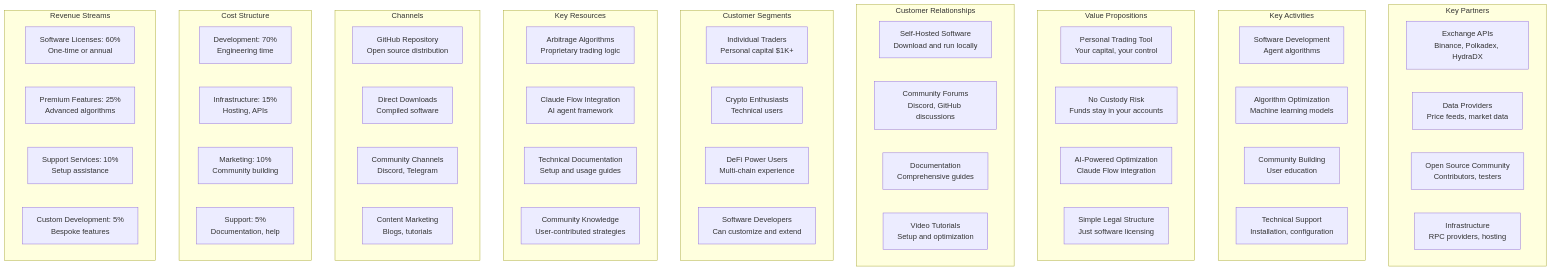
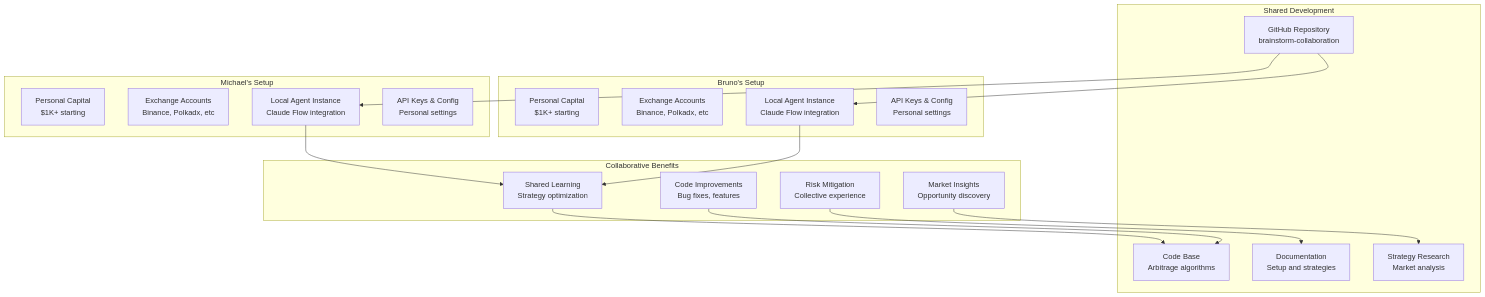
Before and after one commit to michaeloboyle/brainstorm-collaboration: the third of 22 diagrams in ideas/polkadot-arbitrage-system.md, drawn with Mermaid. The commit also changed other lines of this file, not shown here.

````diff
--- a/ideas/polkadot-arbitrage-system.md
+++ b/ideas/polkadot-arbitrage-system.md
@@ -96,65 +96,39 @@
 ```mermaid
 graph TB
-    subgraph "Key Partners"
-        KP1[Exchange APIs<br/>Binance, Polkadex, HydraDX]
-        KP2[Data Providers<br/>Price feeds, market data]
-        KP3[Open Source Community<br/>Contributors, testers]
-        KP4[Infrastructure<br/>RPC providers, hosting]
+    subgraph "Shared Development"
+        SD1[GitHub Repository<br/>brainstorm-collaboration]
+        SD2[Code Base<br/>Arbitrage algorithms]
+        SD3[Documentation<br/>Setup and strategies]
+        SD4[Strategy Research<br/>Market analysis]
     end
 
-    subgraph "Key Activities"
-        KA1[Software Development<br/>Agent algorithms]
-        KA2[Algorithm Optimization<br/>Machine learning models]
-        KA3[Community Building<br/>User education]
-        KA4[Technical Support<br/>Installation, configuration]
+    subgraph "Michael's Setup"
+        M1[Personal Capital<br/>$1K+ starting]
+        M2[Exchange Accounts<br/>Binance, Polkadx, etc]
+        M3[Local Agent Instance<br/>Claude Flow integration]
+        M4[API Keys & Config<br/>Personal settings]
     end
 
-    subgraph "Value Propositions"
-        VP1[Personal Trading Tool<br/>Your capital, your control]
-        VP2[No Custody Risk<br/>Funds stay in your accounts]
-        VP3[AI-Powered Optimization<br/>Claude Flow integration]
-        VP4[Simple Legal Structure<br/>Just software licensing]
+    subgraph "Bruno's Setup"
+        B1[Personal Capital<br/>$1K+ starting]
+        B2[Exchange Accounts<br/>Binance, Polkadx, etc]
+        B3[Local Agent Instance<br/>Claude Flow integration]
+        B4[API Keys & Config<br/>Personal settings]
     end
 
-    subgraph "Customer Relationships"
-        CR1[Self-Hosted Software<br/>Download and run locally]
-        CR2[Community Forums<br/>Discord, GitHub discussions]
-        CR3[Documentation<br/>Comprehensive guides]
-        CR4[Video Tutorials<br/>Setup and optimization]
+    subgraph "Collaborative Benefits"
+        CB1[Shared Learning<br/>Strategy optimization]
+        CB2[Code Improvements<br/>Bug fixes, features]
+        CB3[Market Insights<br/>Opportunity discovery]
+        CB4[Risk Mitigation<br/>Collective experience]
     end
 
-    subgraph "Customer Segments"
-        CS1[Individual Traders<br/>Personal capital $1K+]
-        CS2[Crypto Enthusiasts<br/>Technical users]
-        CS3[DeFi Power Users<br/>Multi-chain experience]
-        CS4[Software Developers<br/>Can customize and extend]
-    end
-
-    subgraph "Key Resources"
-        KR1[Arbitrage Algorithms<br/>Proprietary trading logic]
-        KR2[Claude Flow Integration<br/>AI agent framework]
-        KR3[Technical Documentation<br/>Setup and usage guides]
-        KR4[Community Knowledge<br/>User-contributed strategies]
-    end
-
-    subgraph "Channels"
-        CH1[GitHub Repository<br/>Open source distribution]
-        CH2[Direct Downloads<br/>Compiled software]
-        CH3[Community Channels<br/>Discord, Telegram]
-        CH4[Content Marketing<br/>Blogs, tutorials]
-    end
-
-    subgraph "Cost Structure"
-        COST1[Development: 70%<br/>Engineering time]
-        COST2[Infrastructure: 15%<br/>Hosting, APIs]
-        COST3[Marketing: 10%<br/>Community building]
-        COST4[Support: 5%<br/>Documentation, help]
-    end
-
-    subgraph "Revenue Streams"
-        REV1[Software Licenses: 60%<br/>One-time or annual]
-        REV2[Premium Features: 25%<br/>Advanced algorithms]
-        REV3[Support Services: 10%<br/>Setup assistance]
-        REV4[Custom Development: 5%<br/>Bespoke features]
-    end
+    SD1 --> M3
+    SD1 --> B3
+    M3 --> CB1
+    B3 --> CB1
+    CB1 --> SD2
+    CB2 --> SD2
+    CB3 --> SD4
+    CB4 --> SD3
 ```
````
